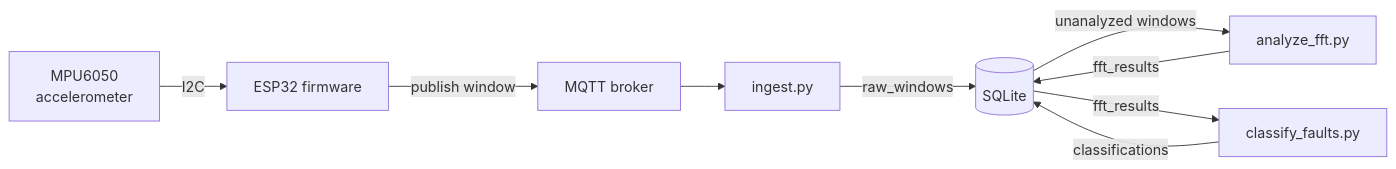
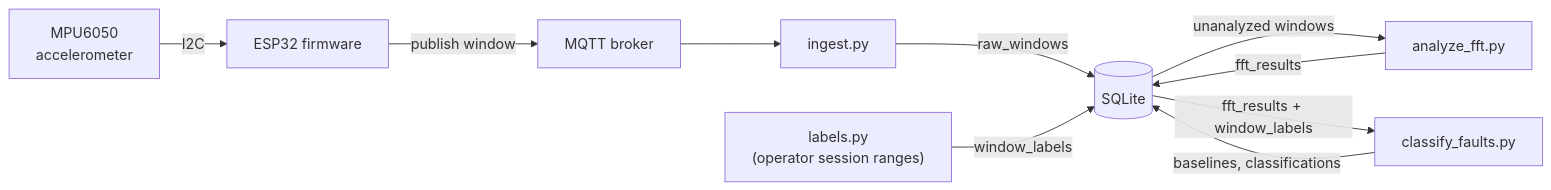
Before and after one commit to tyroneous9/Conveyor-Monitor: the diagram in README.md, drawn with Mermaid. The commit also changed other lines of this file and 3 other files, not shown here.

````diff
--- a/README.md
+++ b/README.md
@@ -19,11 +19,12 @@
 ```mermaid
 flowchart LR
     MPU["MPU6050<br/>accelerometer"] -->|I2C| ESP["ESP32 firmware"]
     ESP -->|"publish window"| Broker["MQTT broker"]
     Broker --> Ingest["ingest.py"]
     Ingest -->|raw_windows| DB[("SQLite")]
     DB -->|unanalyzed windows| Analyze["analyze_fft.py"]
     Analyze -->|fft_results| DB
-    DB -->|fft_results| Classify["classify_faults.py"]
-    Classify -->|classifications| DB
+    Labels["labels.py<br/>(operator session ranges)"] -->|window_labels| DB
+    DB -->|fft_results + window_labels| Classify["classify_faults.py"]
+    Classify -->|baselines, classifications| DB
 ```
````
